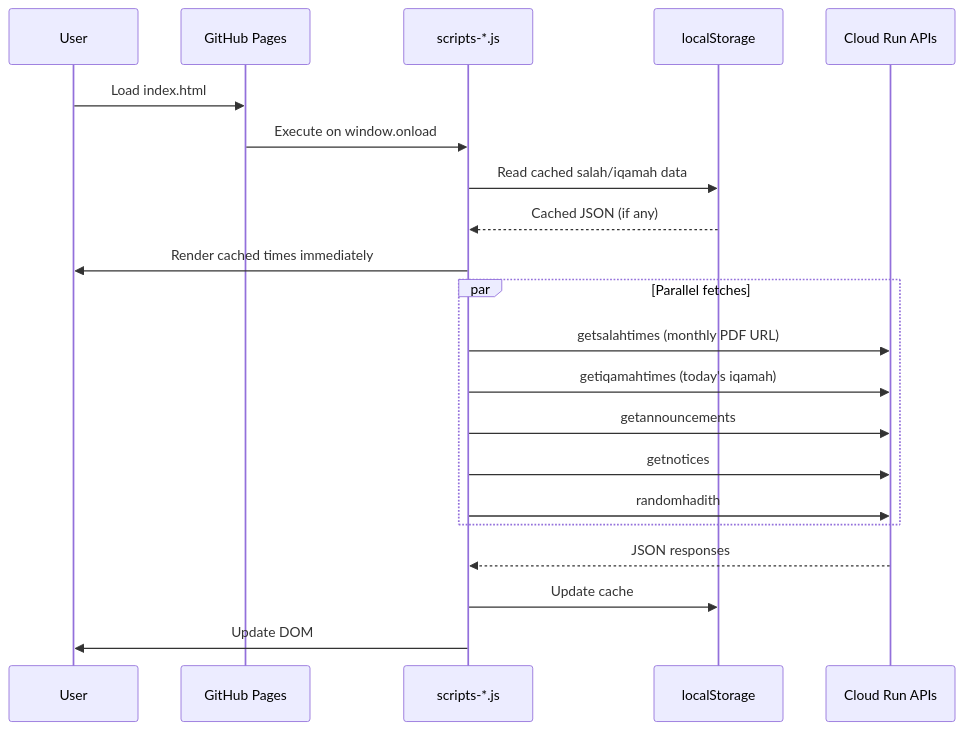
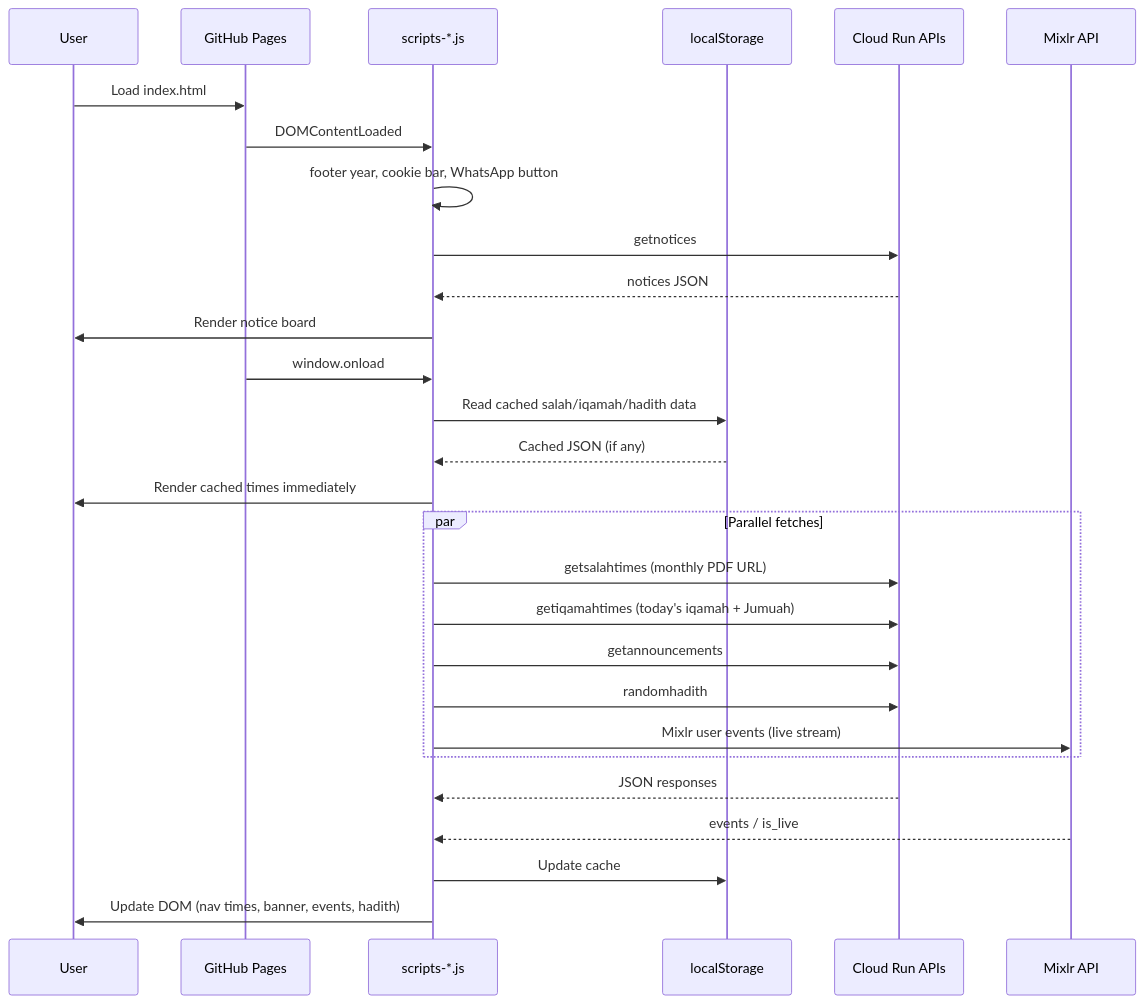
One commit to traleemasjidkicc/traleemasjidkicc.github.io changed the second of 3 diagrams in README.md. Above: the diagram before and after it, drawn with Mermaid. The commit also changed other lines of this file and 6 other files, not shown here.

````diff
--- a/README.md
+++ b/README.md
@@ -61,24 +64,32 @@
 ```mermaid
 sequenceDiagram
     participant U as User
     participant P as GitHub Pages
     participant J as scripts-*.js
     participant LS as localStorage
     participant API as Cloud Run APIs
+    participant MX as Mixlr API
 
     U->>P: Load index.html
-    P->>J: Execute on window.onload
-    J->>LS: Read cached salah/iqamah data
+    P->>J: DOMContentLoaded
+    J->>J: footer year, cookie bar, WhatsApp button
+    J->>API: getnotices
+    API-->>J: notices JSON
+    J->>U: Render notice board
+
+    P->>J: window.onload
+    J->>LS: Read cached salah/iqamah/hadith data
     LS-->>J: Cached JSON (if any)
     J->>U: Render cached times immediately
     par Parallel fetches
         J->>API: getsalahtimes (monthly PDF URL)
-        J->>API: getiqamahtimes (today's iqamah)
+        J->>API: getiqamahtimes (today's iqamah + Jumuah)
         J->>API: getannouncements
-        J->>API: getnotices
         J->>API: randomhadith
+        J->>MX: Mixlr user events (live stream)
     end
     API-->>J: JSON responses
+    MX-->>J: events / is_live
     J->>LS: Update cache
-    J->>U: Update DOM
+    J->>U: Update DOM (nav times, banner, events, hadith)
 ```
````
